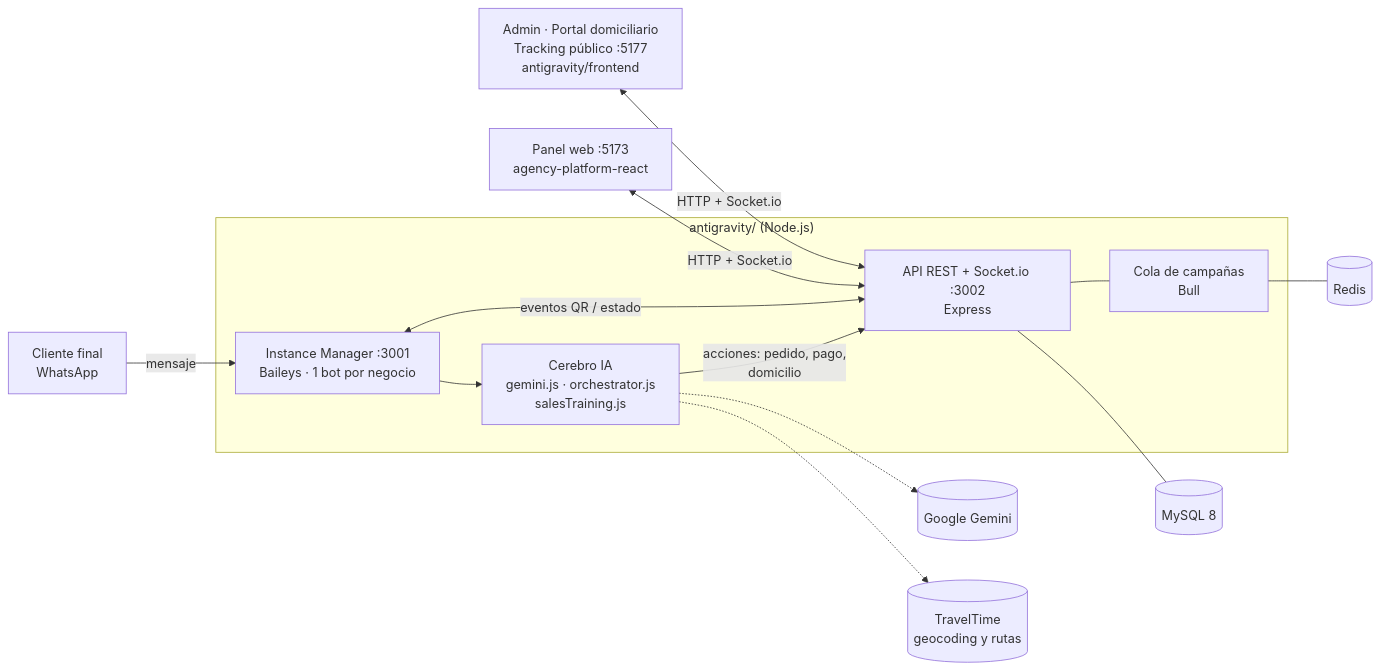
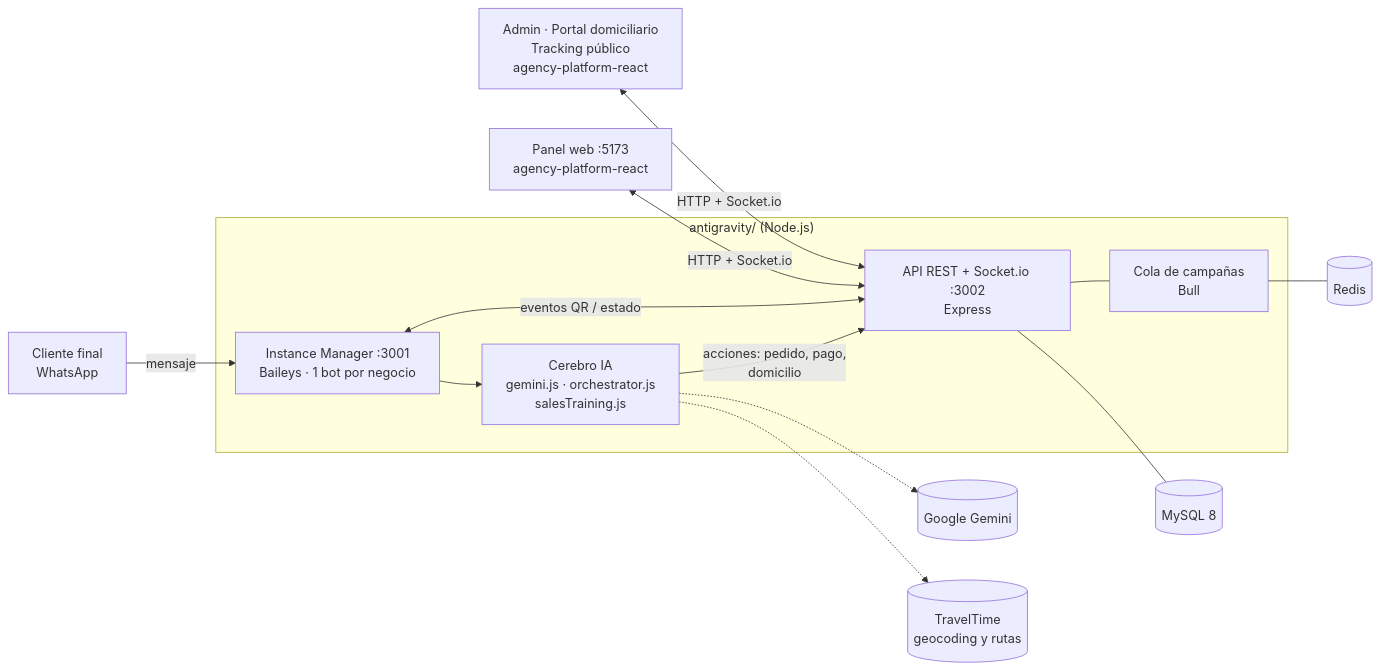
The diagram in README.md (Estebandev-ved/SAAS-Mocoa-medellin), drawn with Mermaid before and after one commit. The commit also changed other lines of this file and 3 other files, not shown here.

First line of the commit message:
chore: nginx/compose/README sin antigravity/frontend; create-admin exige --password

````diff
--- a/README.md
+++ b/README.md
@@ -111,23 +111,23 @@
 ```mermaid
 flowchart LR
     C[Cliente final<br/>WhatsApp] -->|mensaje| IM
 
     subgraph Backend["antigravity/ (Node.js)"]
         IM["Instance Manager :3001<br/>Baileys · 1 bot por negocio"]
         BRAIN["Cerebro IA<br/>gemini.js · orchestrator.js<br/>salesTraining.js"]
         API["API REST + Socket.io :3002<br/>Express"]
         Q["Cola de campañas<br/>Bull"]
         IM --> BRAIN
         BRAIN -->|acciones: pedido, pago,<br/>domicilio| API
         IM <-->|eventos QR / estado| API
     end
 
     BRAIN -.-> G[(Google Gemini)]
     BRAIN -.-> TT[(TravelTime<br/>geocoding y rutas)]
     API --- DB[(MySQL 8)]
     Q --- R[(Redis)]
     API --- Q
 
     D["Panel web :5173<br/>agency-platform-react"] <-->|HTTP + Socket.io| API
-    A["Admin · Portal domiciliario<br/>Tracking público :5177<br/>antigravity/frontend"] <-->|HTTP + Socket.io| API
+    A["Admin · Portal domiciliario<br/>Tracking público<br/>agency-platform-react"] <-->|HTTP + Socket.io| API
 ```
````
